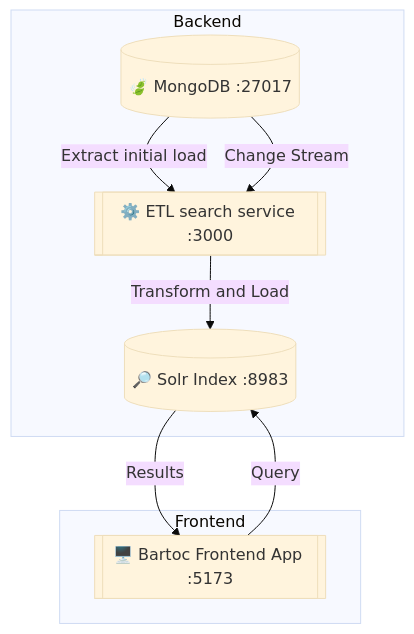
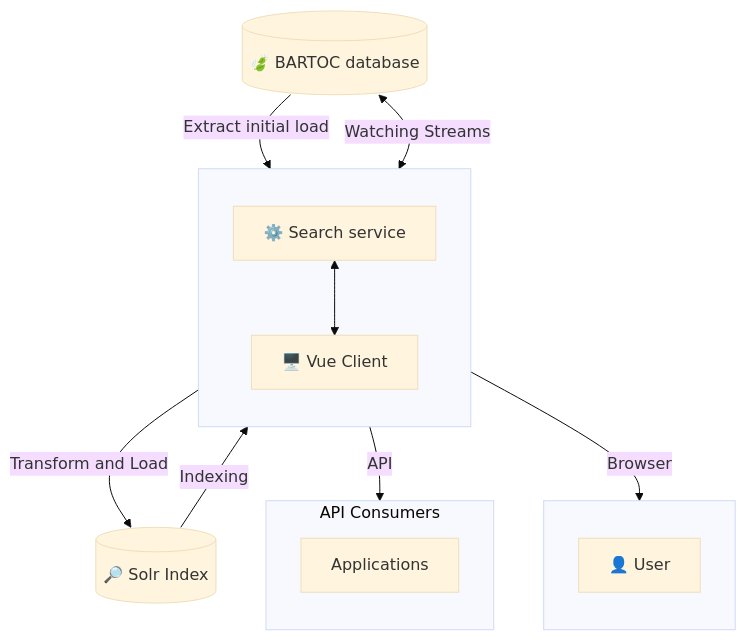
One commit to gbv/bartoc-search changed the diagram in README.md. Above: the diagram before and after it, drawn with Mermaid (base theme). The commit also changed other lines of this file and 1 other file, not shown here.

```diff
--- a/README.md
+++ b/README.md
@@ -6,18 +6,32 @@
 ~~~mermaid
 graph TD
-  subgraph Backend
-    A[(🍃 MongoDB :27017)]
-    B[[⚙️ ETL search service :3000]]
-    C[(🔎 Solr Index :8983)]
+  Solr[(🔎 Solr Index)]
+  DB[(🍃 BARTOC database)]
+  subgraph search service [ ]
+    direction TB
+    Server[⚙️ Search service]
+    Client[🖥️ Vue Client]
+  end
+  Client[🖥️ Vue Client]
+
+  subgraph Frontend [ ]
+    direction TB
+    User[👤 User]
   end
 
-  subgraph Frontend
-    D[[🖥️ Bartoc Frontend App :5173]]
+  subgraph "API Consumers"
+    direction TB
+    Applications[Applications]
   end
 
-  A -->|Extract initial load| B
-  A -- Change Stream --> B
-  B -->|Transform and Load| C
-  D -->|Query| C
-  C -->|Results| D
+  %% FLOWS %%
+  DB -- "Extract initial load" --> Server
+  DB <-- "Watching Streams"        --> Server
+
+  Server -->|Transform and Load| Solr
+  Solr   -->|Indexing         | Server
+
+  Server <--> Client
+  Client -- "Browser" --> User
+  Server -- "API"     --> Applications
 ~~~
```
